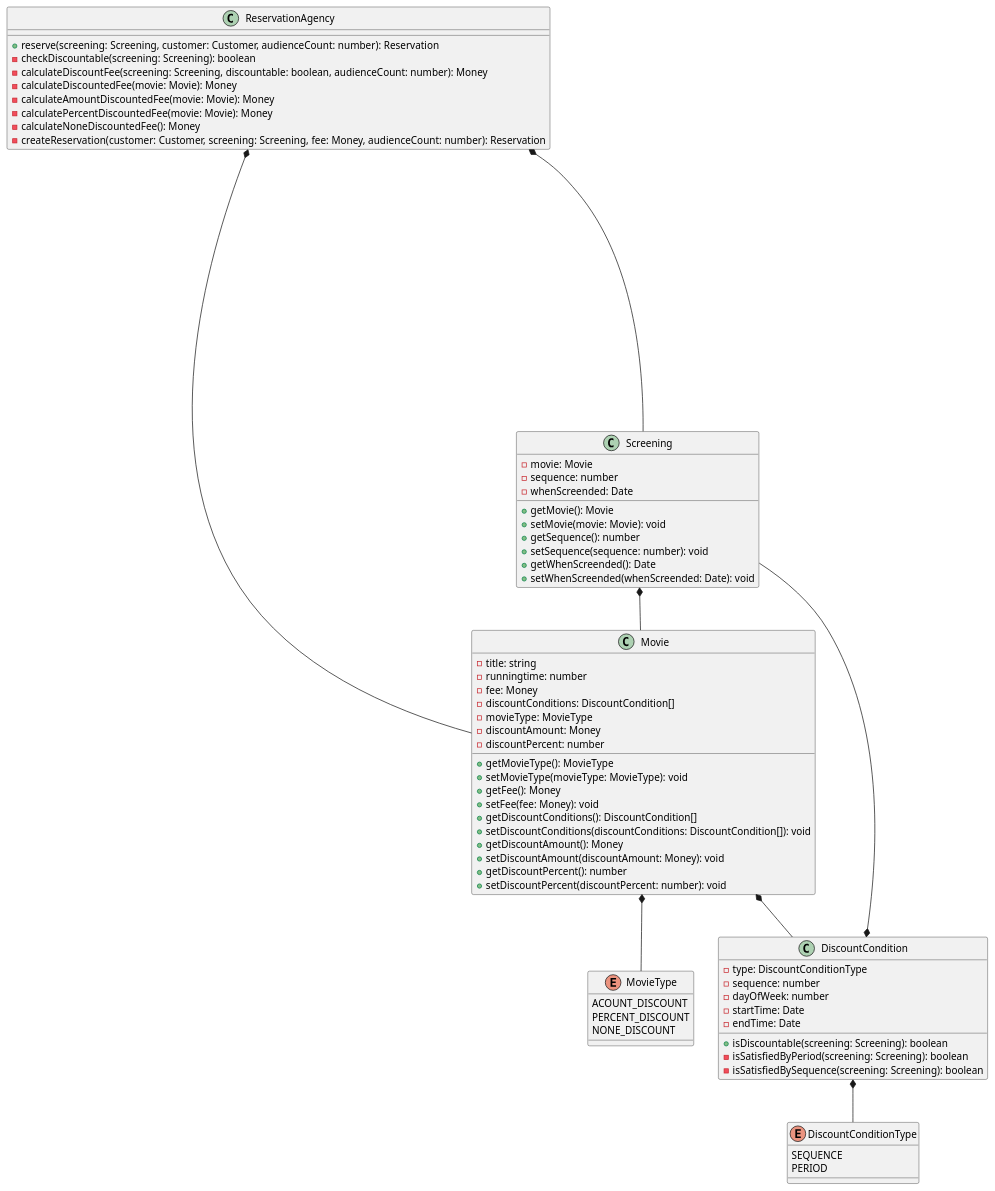
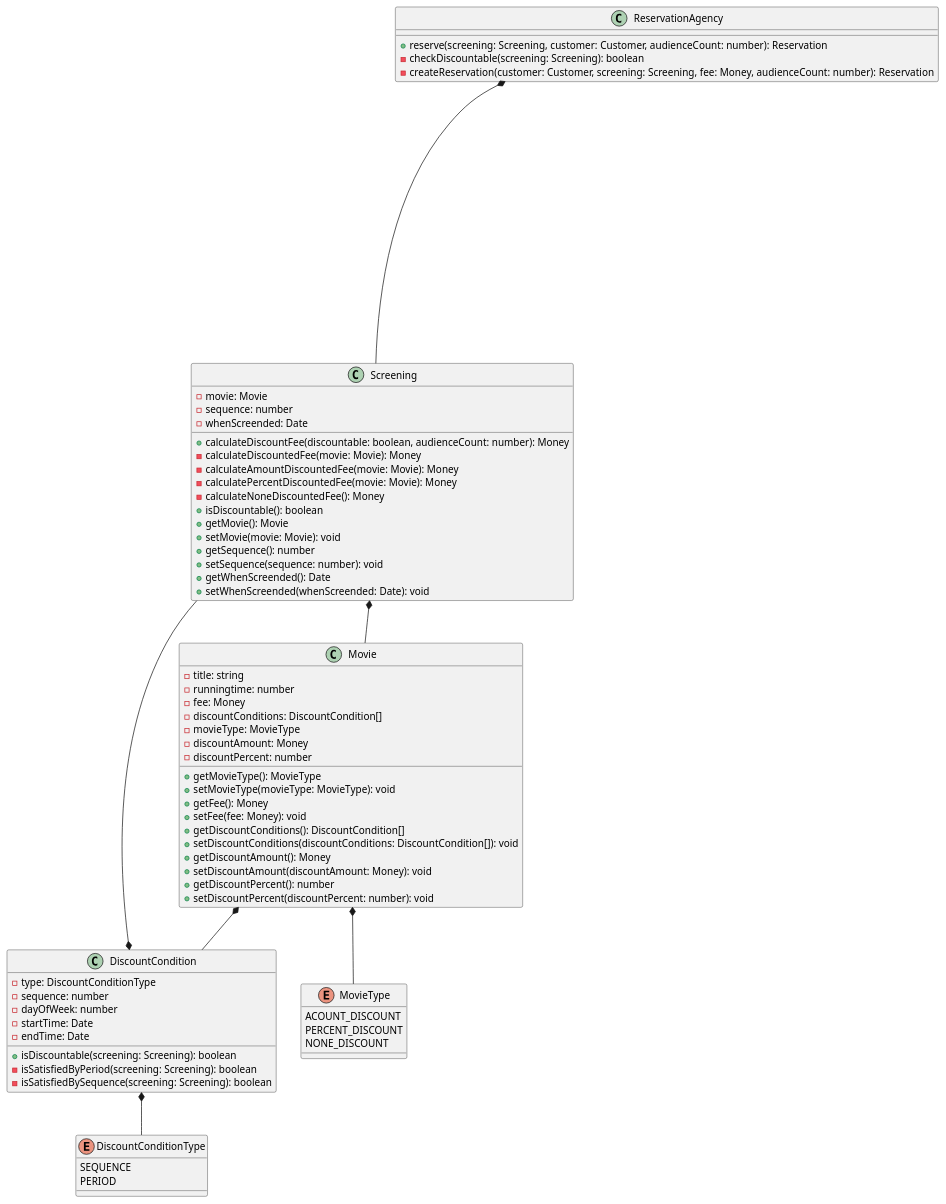
Before and after one commit to vomvoru/object-study: the diagram in chapter4/tplant.puml, drawn with PlantUML. The commit also changed 4 other files, not shown here.

Commit message:
calculateDiscountFee 메소드를 ReservationAgency -> screening

```diff
--- a/chapter4/tplant.puml
+++ b/chapter4/tplant.puml
@@ -1,111 +1,112 @@
 @startuml
 class Customer {
     -name: string
     -id: string
     +getName(): string
     +setName(name: string): void
     +getId(): string
     +setId(id: string): void
 }
 enum DiscountConditionType {
     SEQUENCE
     PERIOD
 }
 class Money {
     -amount: number
     +plus(amount: Money): Money
     +minus(amount: Money): Money
     +times(percent: number): Money
     +isLessThan(other: Money): boolean
     +isGreaterThanOrEqual(other: Money): boolean
     +{static} ZERO: Money
     +{static} wons(amount: number): Money
 }
 enum MovieType {
     ACOUNT_DISCOUNT
     PERCENT_DISCOUNT
     NONE_DISCOUNT
 }
 class Movie {
     -title: string
     -runningtime: number
     -fee: Money
     -discountConditions: DiscountCondition[]
     -movieType: MovieType
     -discountAmount: Money
     -discountPercent: number
     +getMovieType(): MovieType
     +setMovieType(movieType: MovieType): void
     +getFee(): Money
     +setFee(fee: Money): void
     +getDiscountConditions(): DiscountCondition[]
     +setDiscountConditions(discountConditions: DiscountCondition[]): void
     +getDiscountAmount(): Money
     +setDiscountAmount(discountAmount: Money): void
     +getDiscountPercent(): number
     +setDiscountPercent(discountPercent: number): void
 }
 class Screening {
     -movie: Movie
     -sequence: number
     -whenScreended: Date
+    +calculateDiscountFee(discountable: boolean, audienceCount: number): Money
+    -calculateDiscountedFee(movie: Movie): Money
+    -calculateAmountDiscountedFee(movie: Movie): Money
+    -calculatePercentDiscountedFee(movie: Movie): Money
+    -calculateNoneDiscountedFee(): Money
+    +isDiscountable(): boolean
     +getMovie(): Movie
     +setMovie(movie: Movie): void
     +getSequence(): number
     +setSequence(sequence: number): void
     +getWhenScreended(): Date
     +setWhenScreended(whenScreended: Date): void
 }
 class DiscountCondition {
     -type: DiscountConditionType
     -sequence: number
     -dayOfWeek: number
     -startTime: Date
     -endTime: Date
     +isDiscountable(screening: Screening): boolean
     -isSatisfiedByPeriod(screening: Screening): boolean
     -isSatisfiedBySequence(screening: Screening): boolean
 }
 class Reservation {
     -customer: Customer
     -screening: Screening
     -fee: Money
     -audienceCount: number
     +getCustomer(): Customer
     +setCustomer(customer: Customer): void
     +getScreening(): Screening
     +setScreening(screening: Screening): void
     +getFee(): Money
     +setFee(fee: Money): void
     +getAudienceCount(): number
     +setAudienceCount(audienceCount: number): void
 }
 class ReservationAgency {
     +reserve(screening: Screening, customer: Customer, audienceCount: number): Reservation
     -checkDiscountable(screening: Screening): boolean
-    -calculateDiscountFee(screening: Screening, discountable: boolean, audienceCount: number): Money
-    -calculateDiscountedFee(movie: Movie): Money
-    -calculateAmountDiscountedFee(movie: Movie): Money
-    -calculatePercentDiscountedFee(movie: Movie): Money
-    -calculateNoneDiscountedFee(): Money
     -createReservation(customer: Customer, screening: Screening, fee: Money, audienceCount: number): Reservation
 }
 Movie *-- Money
 Movie *-- DiscountCondition
 Movie *-- MovieType
 Screening *-- Movie
+Screening *-- Money
 DiscountCondition *-- DiscountConditionType
 DiscountCondition *-- Screening
 Reservation *-- Customer
 Reservation *-- Screening
 Reservation *-- Money
 ReservationAgency *-- Screening
 ReservationAgency *-- Customer
 ReservationAgency *-- Reservation
 ReservationAgency *-- Money
-ReservationAgency *-- Movie
 
 hide Money
 hide Customer
 hide Reservation
 @enduml
```
